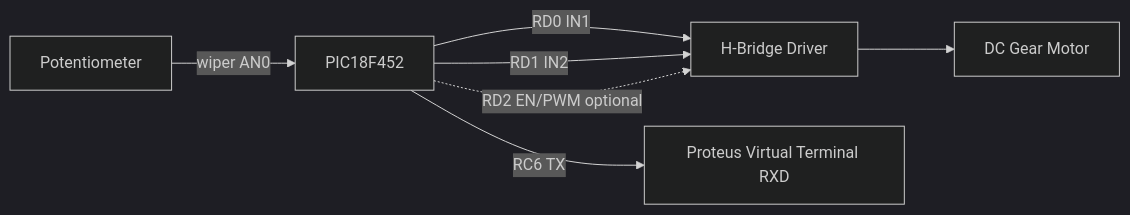
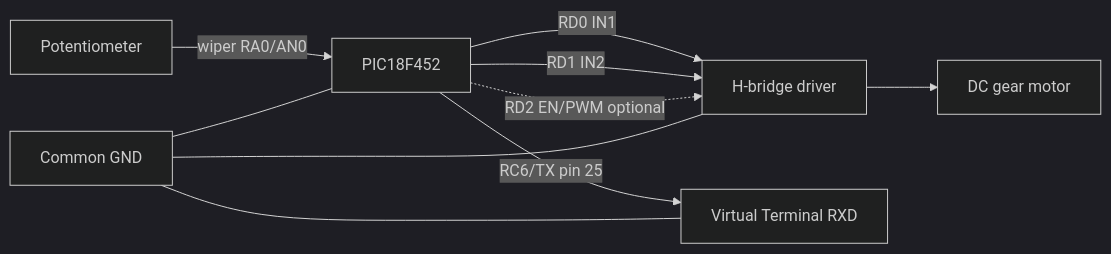
One commit to anatoliWeb/pic-platform changed the first of 2 diagrams in examples-projects/proteus/actuator/position_drive_adc/README.md. Above: the diagram before and after it, drawn with Mermaid (dark theme). The commit also changed other lines of this file and 7 other files, not shown here.

First line of the commit message:
docs(position-drive): add runtime and debug diagrams

````diff
--- a/examples-projects/proteus/actuator/position_drive_adc/README.md
+++ b/examples-projects/proteus/actuator/position_drive_adc/README.md
@@ -41,9 +41,12 @@
 ```mermaid
 flowchart LR
-    POT[Potentiometer] -->|wiper AN0| PIC[PIC18F452]
-    PIC -->|RD0 IN1| DRV[H-Bridge Driver]
-    PIC -->|RD1 IN2| DRV
-    PIC -. RD2 EN/PWM optional .-> DRV
-    DRV --> MOTOR[DC Gear Motor]
-    PIC -->|RC6 TX| VT[Proteus Virtual Terminal RXD]
+    POT[Potentiometer] -->|wiper RA0/AN0| PIC[PIC18F452]
+    PIC -->|RD0 IN1| HBRIDGE[H-bridge driver]
+    PIC -->|RD1 IN2| HBRIDGE
+    PIC -. RD2 EN/PWM optional .-> HBRIDGE
+    HBRIDGE --> MOTOR[DC gear motor]
+    PIC -->|RC6/TX pin 25| VT[Virtual Terminal RXD]
+    GND[Common GND] --- PIC
+    GND --- HBRIDGE
+    GND --- VT
 ```
````
